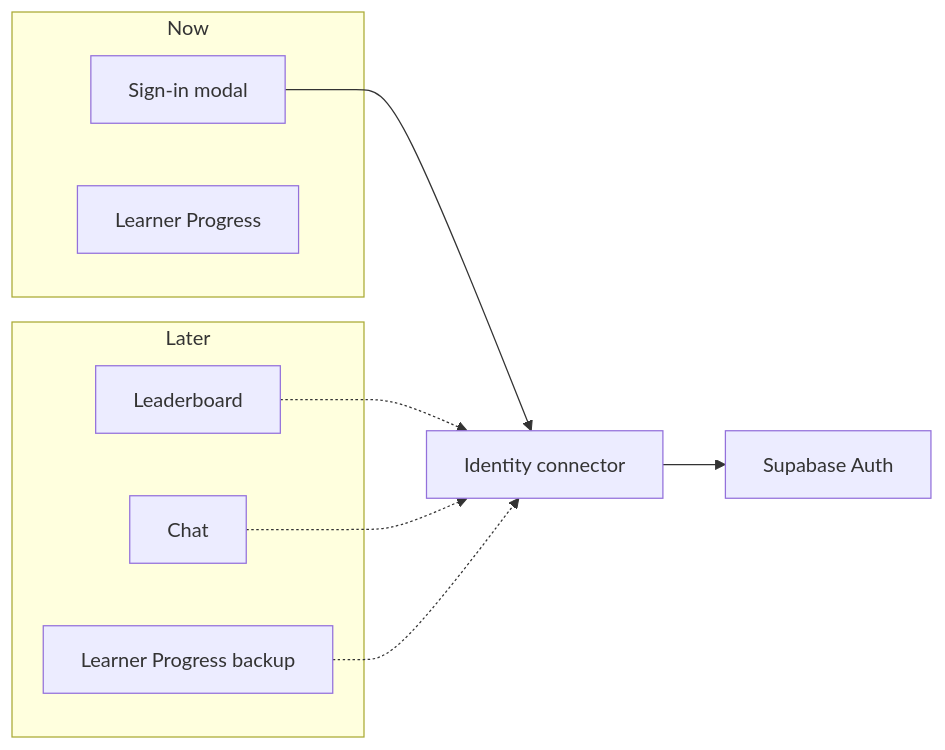
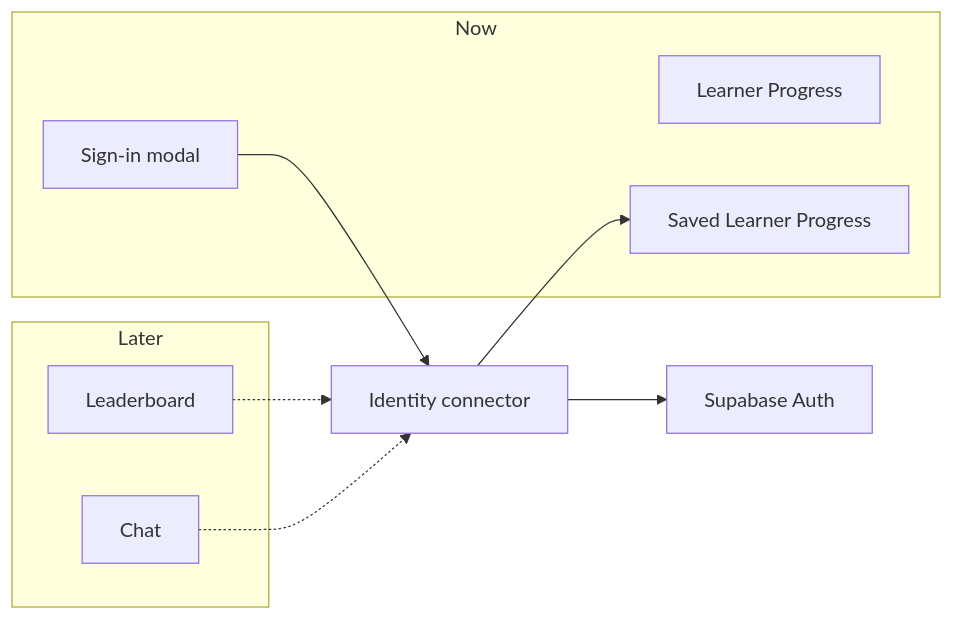
One commit to themeganerddddddd/LouisianaFrench changed the second of 2 diagrams in docs/identity-connector.md. Above: the diagram before and after it, drawn with Mermaid. The commit also changed other lines of this file and 9 other files, not shown here.

````diff
--- a/docs/identity-connector.md
+++ b/docs/identity-connector.md
@@ -25,19 +25,19 @@
 ```mermaid
 flowchart LR
   subgraph now [Now]
     SignIn["Sign-in modal"]
     Progress["Learner Progress"]
+    Saved["Saved Learner Progress"]
   end
   subgraph later [Later]
     Leaderboard
     Chat
-    Backup["Learner Progress backup"]
   end
   Connector["Identity connector"]
   Supabase["Supabase Auth"]
   SignIn --> Connector
+  Connector --> Saved
   Leaderboard -.-> Connector
   Chat -.-> Connector
-  Backup -.-> Connector
   Connector --> Supabase
 ```
````
